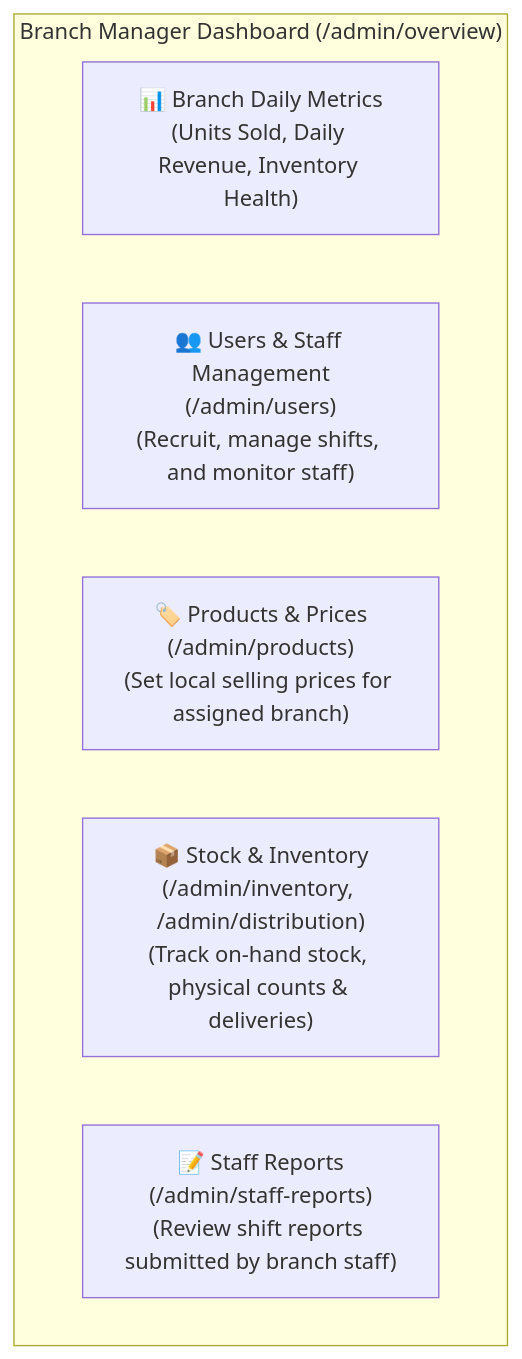
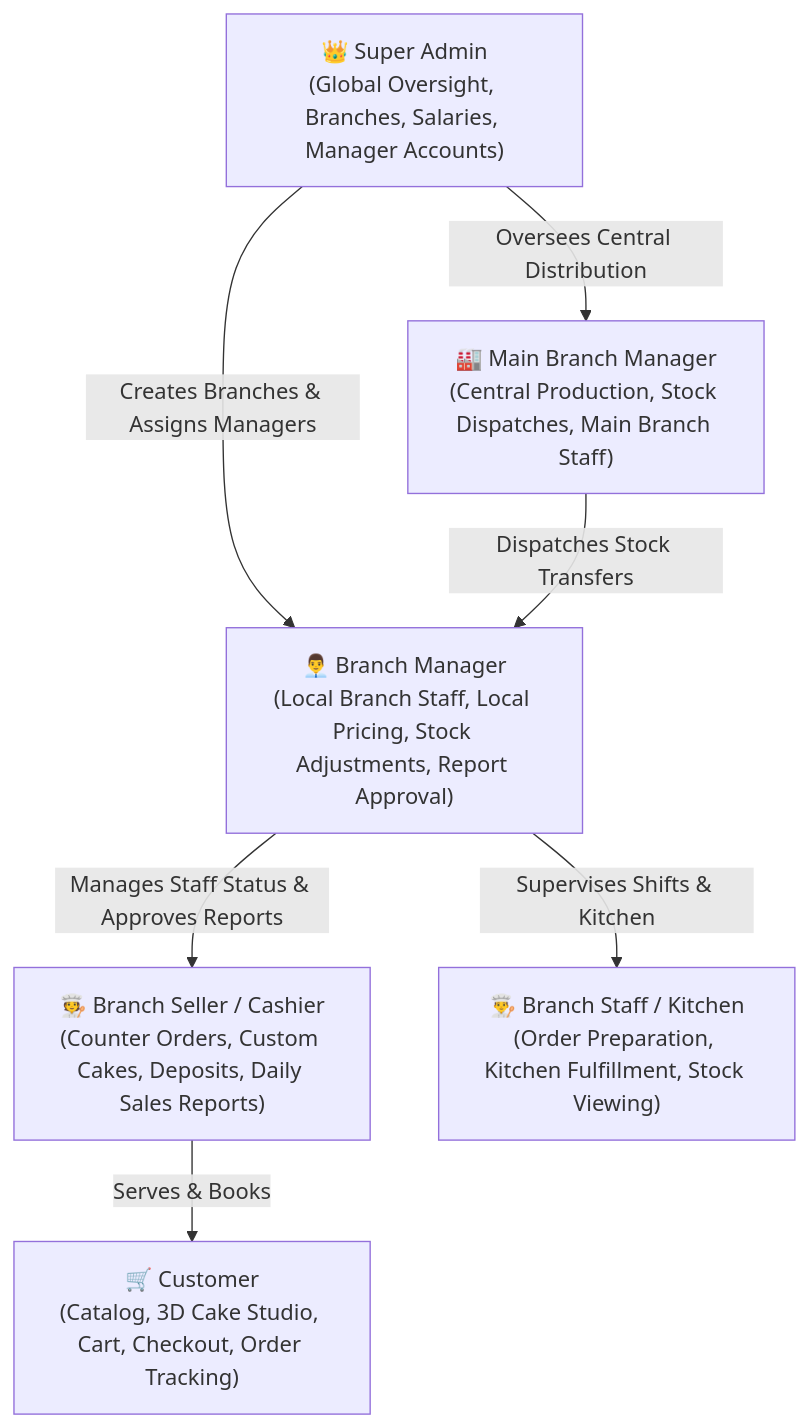
Before and after one commit to niga-star/Kenean-Cake-and-bread-: the second of 8 diagrams in SYSTEM_DOCUMENTATION.md, drawn with Mermaid. The commit also changed other lines of this file and 3 other files, not shown here.

Commit message:
Update system documentation to Version 4.0 Enterprise with Stock Receive, RBAC isolation, account status governance, and notification routing

````diff
--- a/SYSTEM_DOCUMENTATION.md
+++ b/SYSTEM_DOCUMENTATION.md
@@ -190,10 +82,16 @@
 ```mermaid
-flowchart TD
-    subgraph ManagerCore["Branch Manager Dashboard (/admin/overview)"]
-        Dashboard["📊 Branch Daily Metrics\n(Units Sold, Daily Revenue, Inventory Health)"]
-        Users["👥 Users & Staff Management\n(/admin/users)\n(Recruit, manage shifts, and monitor staff)"]
-        Pricing["🏷️ Products & Prices\n(/admin/products)\n(Set local selling prices for assigned branch)"]
-        Stock["📦 Stock & Inventory\n(/admin/inventory, /admin/distribution)\n(Track on-hand stock, physical counts & deliveries)"]
-        StaffReports["📝 Staff Reports\n(/admin/staff-reports)\n(Review shift reports submitted by branch staff)"]
-    end
+graph TD
+    SuperAdmin["👑 Super Admin\n(Global Oversight, Branches, Salaries, Manager Accounts)"]
+    MainManager["🏭 Main Branch Manager\n(Central Production, Stock Dispatches, Main Branch Staff)"]
+    BranchManager["👨‍💼 Branch Manager\n(Local Branch Staff, Local Pricing, Stock Adjustments, Report Approval)"]
+    BranchSeller["🧑‍🍳 Branch Seller / Cashier\n(Counter Orders, Custom Cakes, Deposits, Daily Sales Reports)"]
+    BranchStaff["👨‍🍳 Branch Staff / Kitchen\n(Order Preparation, Kitchen Fulfillment, Stock Viewing)"]
+    Customer["🛒 Customer\n(Catalog, 3D Cake Studio, Cart, Checkout, Order Tracking)"]
+
+    SuperAdmin -->|Creates Branches & Assigns Managers| BranchManager
+    SuperAdmin -->|Oversees Central Distribution| MainManager
+    MainManager -->|Dispatches Stock Transfers| BranchManager
+    BranchManager -->|Manages Staff Status & Approves Reports| BranchSeller
+    BranchManager -->|Supervises Shifts & Kitchen| BranchStaff
+    BranchSeller -->|Serves & Books| Customer
 ```
````
